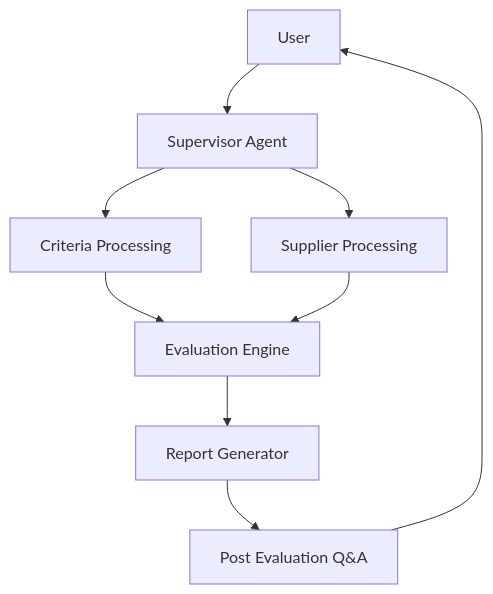
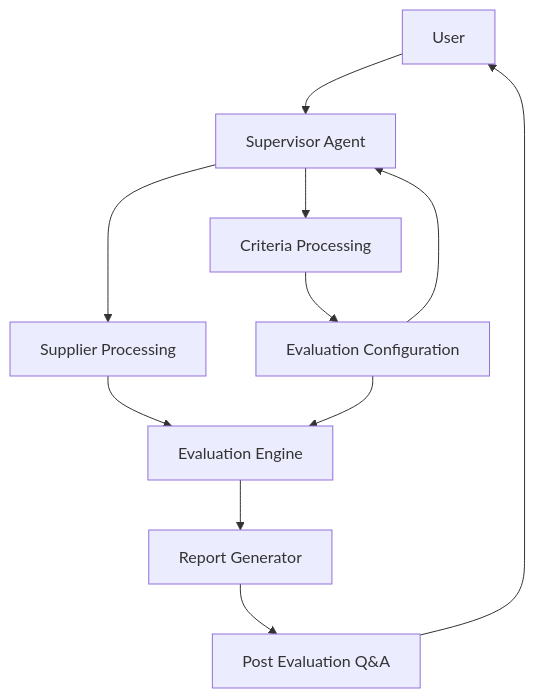
The first of 7 diagrams in Bid Analysis Agent/04-System-Architecture.md (adityarane-ai/Agentic-Orchestrations), drawn with Mermaid before and after one commit. The commit also changed other lines of this file, not shown here.

````diff
--- a/Bid Analysis Agent/04-System-Architecture.md
+++ b/Bid Analysis Agent/04-System-Architecture.md
@@ -39,33 +42,39 @@
 ```mermaid
 flowchart TD
 
 U[User]
 
 S[Supervisor Agent]
 
 CP[Criteria Processing]
+
+EC[Evaluation Configuration]
 
 SP[Supplier Processing]
 
 EE[Evaluation Engine]
 
 RG[Report Generator]
 
 QA[Post Evaluation Q&A]
 
 U --> S
 
 S --> CP
 
+CP --> EC
+
+EC --> S
+
 S --> SP
 
-CP --> EE
+SP --> EE
 
-SP --> EE
+EC --> EE
 
 EE --> RG
 
 RG --> QA
 
 QA --> U
 ```
````
